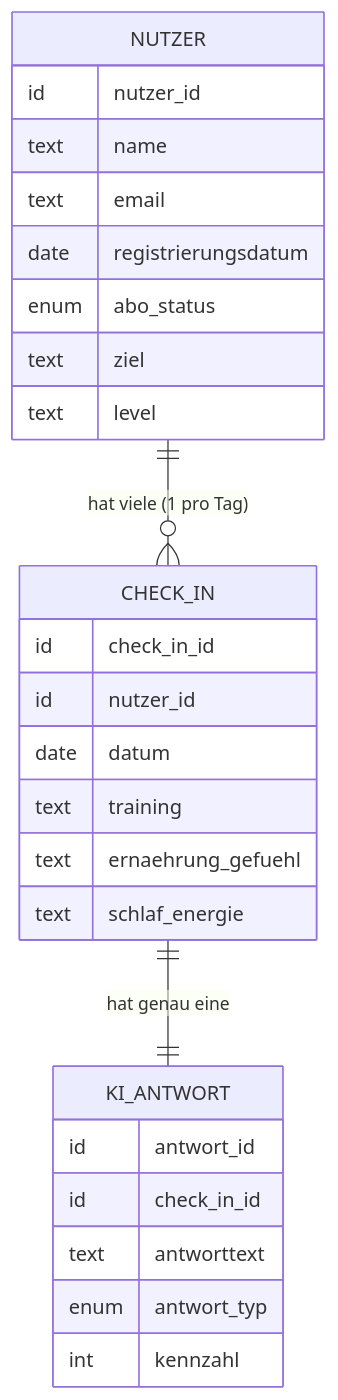
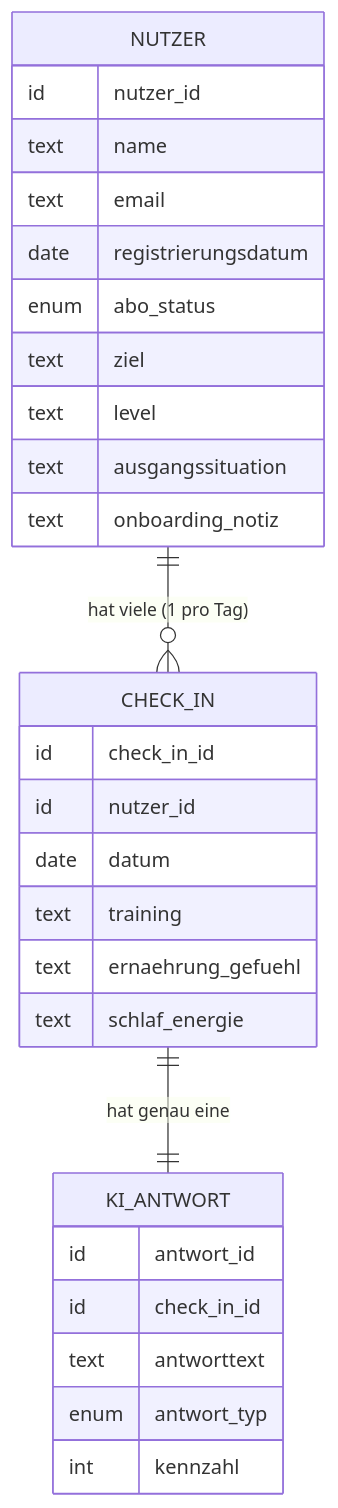
The diagram in Datenstruktur/Datenmodell.md (phillipzxk/App), drawn with Mermaid before and after one commit. The commit also changed other lines of this file and 4 other files, not shown here.

First line of the commit message:
Nutzer-Tabelle: Felder ausgangssituation und onboarding_notiz ergänzt

````diff
--- a/Datenstruktur/Datenmodell.md
+++ b/Datenstruktur/Datenmodell.md
@@ -12,29 +12,31 @@
 ```mermaid
 erDiagram
     NUTZER ||--o{ CHECK_IN : "hat viele (1 pro Tag)"
     CHECK_IN ||--|| KI_ANTWORT : "hat genau eine"
     NUTZER {
         id nutzer_id
         text name
         text email
         date registrierungsdatum
         enum abo_status
         text ziel
         text level
+        text ausgangssituation
+        text onboarding_notiz
     }
     CHECK_IN {
         id check_in_id
         id nutzer_id
         date datum
         text training
         text ernaehrung_gefuehl
         text schlaf_energie
     }
     KI_ANTWORT {
         id antwort_id
         id check_in_id
         text antworttext
         enum antwort_typ
         int kennzahl
     }
 ```
````
